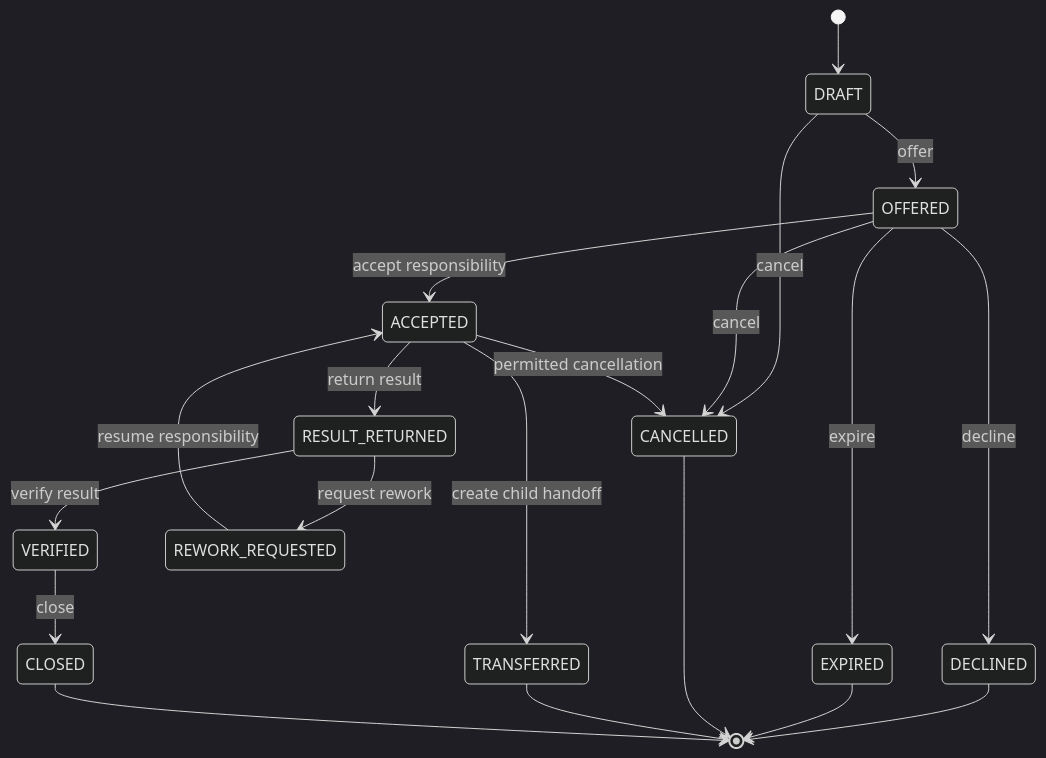
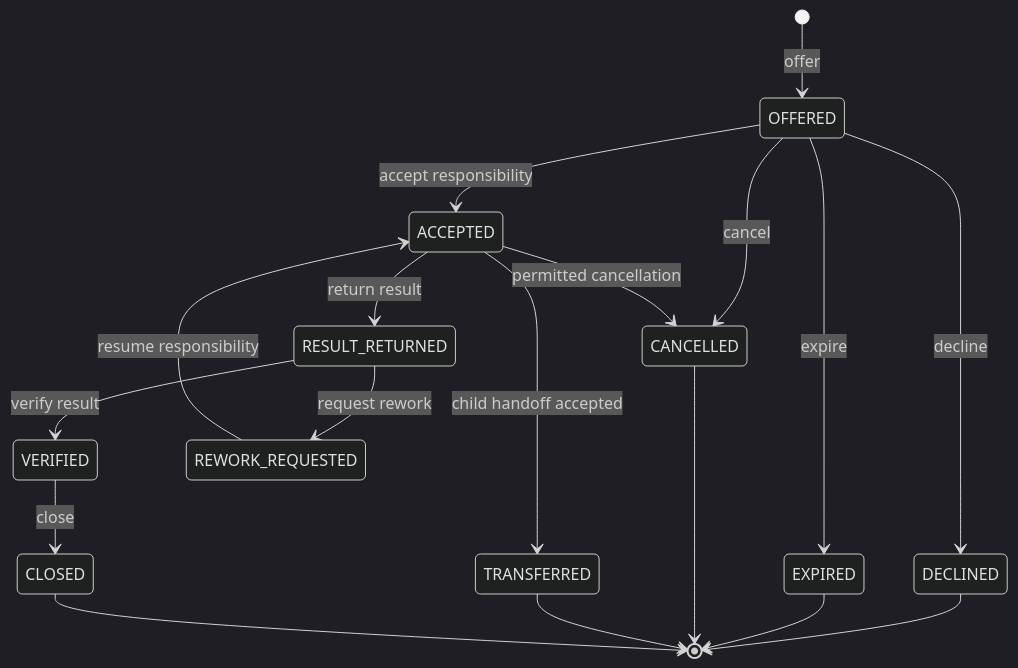
Before and after one commit to AgentEra/work-fabric: the second of 3 diagrams in docs/architecture.md, drawn with Mermaid (dark theme). The commit also changed other lines of this file and 3 other files, not shown here.

````diff
--- a/docs/architecture.md
+++ b/docs/architecture.md
@@ -222,22 +224,20 @@
 ```mermaid
 stateDiagram-v2
-    [*] --> DRAFT
-    DRAFT --> OFFERED: offer
-    DRAFT --> CANCELLED: cancel
+    [*] --> OFFERED: offer
     OFFERED --> ACCEPTED: accept responsibility
     OFFERED --> DECLINED: decline
     OFFERED --> EXPIRED: expire
     OFFERED --> CANCELLED: cancel
     ACCEPTED --> RESULT_RETURNED: return result
-    ACCEPTED --> TRANSFERRED: create child handoff
+    ACCEPTED --> TRANSFERRED: child handoff accepted
     ACCEPTED --> CANCELLED: permitted cancellation
     RESULT_RETURNED --> VERIFIED: verify result
     RESULT_RETURNED --> REWORK_REQUESTED: request rework
     REWORK_REQUESTED --> ACCEPTED: resume responsibility
     VERIFIED --> CLOSED: close
     DECLINED --> [*]
     EXPIRED --> [*]
     CANCELLED --> [*]
     TRANSFERRED --> [*]
     CLOSED --> [*]
 ```
````
